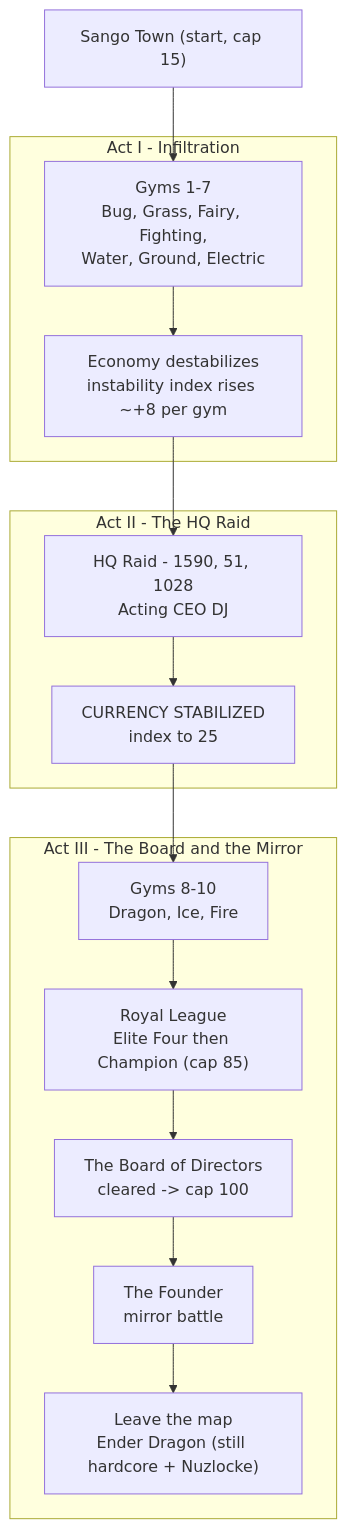
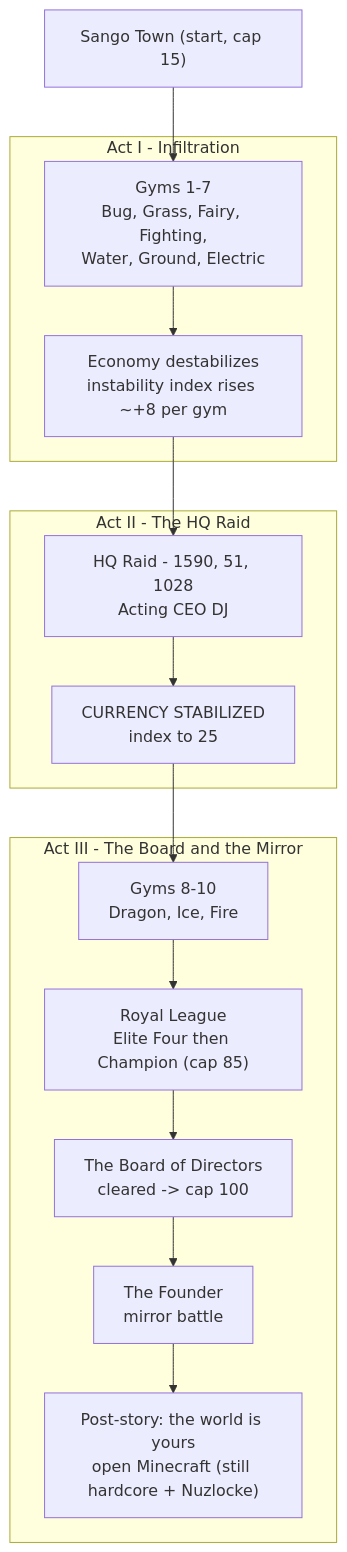
Before and after one commit to The-Company-Inc-Nerds/the-cobblemon-initiative: the diagram in wiki/Guidebook-Overview.md, drawn with Mermaid. The commit also changed other lines of this file and 414 other files, not shown here.

````diff
--- a/wiki/Guidebook-Overview.md
+++ b/wiki/Guidebook-Overview.md
@@ -138,28 +138,28 @@
 ```mermaid
 flowchart TD
   Start["Sango Town (start, cap 15)"] --> G17["Gyms 1-7\nBug, Grass, Fairy, Fighting,\nWater, Ground, Electric"]
   G17 --> Eco["Economy destabilizes\ninstability index rises ~+8 per gym"]
   Eco --> HQ["HQ Raid - 1590, 51, 1028\nActing CEO DJ"]
   HQ --> Stab["CURRENCY STABILIZED\nindex to 25"]
   Stab --> G810["Gyms 8-10\nDragon, Ice, Fire"]
   G810 --> League["Royal League\nElite Four then Champion (cap 85)"]
   League --> Board["The Board of Directors\ncleared -> cap 100"]
   Board --> Founder["The Founder\nmirror battle"]
-  Founder --> Ender["Leave the map\nEnder Dragon (still hardcore + Nuzlocke)"]
+  Founder --> Ender["Post-story: the world is yours\nopen Minecraft (still hardcore + Nuzlocke)"]
 
   subgraph ActI["Act I - Infiltration"]
     G17
     Eco
   end
   subgraph ActII["Act II - The HQ Raid"]
     HQ
     Stab
   end
   subgraph ActIII["Act III - The Board and the Mirror"]
     G810
     League
     Board
     Founder
     Ender
   end
 ```
````
